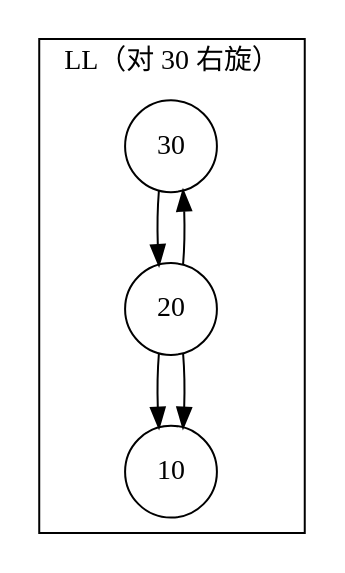
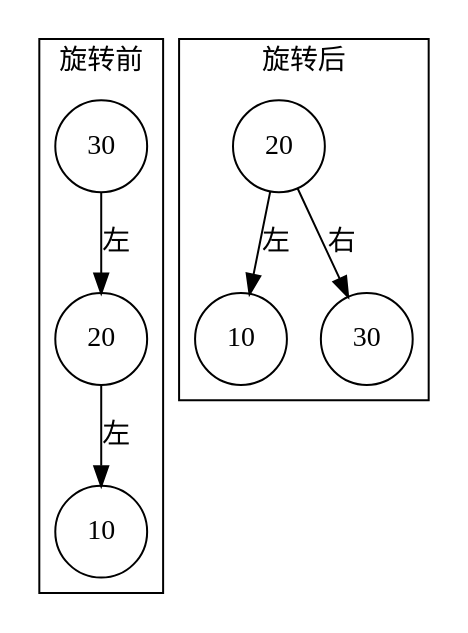
One commit to AzenAnn/DSA-Mastery changed the second of 3 diagrams in content/chapter-08-search/03-balanced-search-tree.md. Above: the diagram before and after it, drawn with Graphviz. The commit also changed other lines of this file and 11 other files, not shown here.

First line of the commit message:
fix(ch08): correct graphviz diagram clusters and edge semantics

````diff
--- a/content/chapter-08-search/03-balanced-search-tree.md
+++ b/content/chapter-08-search/03-balanced-search-tree.md
@@ -91,16 +93,18 @@
 ```graphviz
 digraph LlRotate {
   rankdir=TB;
   node [shape=circle];
   subgraph cluster_before {
-    label="LL（对 30 右旋）";
-    30 -> 20;
-    20 -> 10;
+    label="旋转前";
+    p1 [label="30"]; l1 [label="20"]; ll1 [label="10"];
+    p1 -> l1 [label="左"];
+    l1 -> ll1 [label="左"];
   }
   subgraph cluster_after {
     label="旋转后";
-    20 -> 10;
-    20 -> 30;
+    p2 [label="20"]; l2 [label="10"]; r2 [label="30"];
+    p2 -> l2 [label="左"];
+    p2 -> r2 [label="右"];
   }
 }
 ```
````
